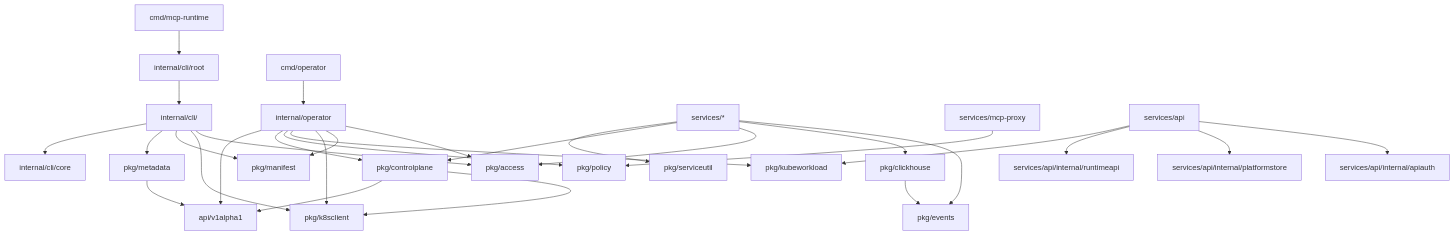
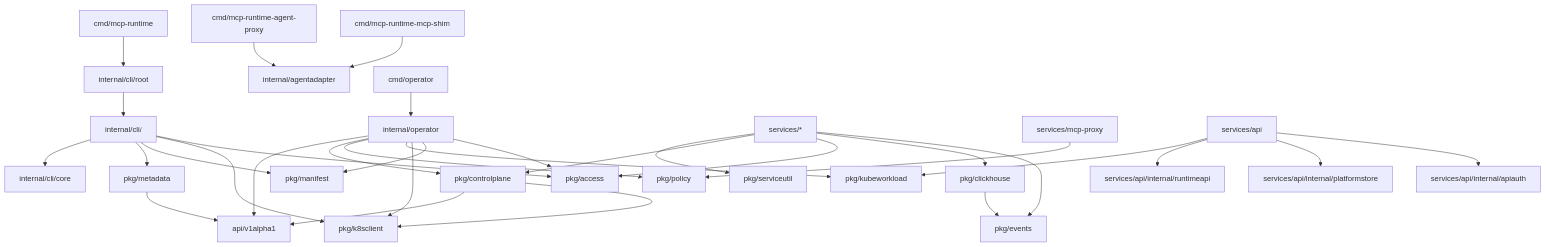
Before and after one commit to Agent-Hellboy/mcp-runtime: the fourth of 4 diagrams in docs/internals/README.md, drawn with Mermaid. The commit also changed other lines of this file and 19 other files, not shown here.

````diff
--- a/docs/internals/README.md
+++ b/docs/internals/README.md
@@ -106,32 +109,34 @@
 ```mermaid
 flowchart TB
     Cmd[cmd/mcp-runtime] --> CLIRoot[internal/cli/root]
+    AgentProxy[cmd/mcp-runtime-agent-proxy] --> AgentAdapter[internal/agentadapter]
+    AgentShim[cmd/mcp-runtime-mcp-shim] --> AgentAdapter
     CLIRoot --> CLICommands[internal/cli/<command>]
     CLICommands --> CLICore[internal/cli/core]
     CLICommands --> Metadata[pkg/metadata]
     CLICommands --> Manifest[pkg/manifest]
     CLICommands --> K8sClient[pkg/k8sclient]
     CLICommands --> Access[pkg/access]
     CmdOp[cmd/operator] --> Operator[internal/operator]
     Operator --> API[api/v1alpha1]
     Operator --> ControlPlane[pkg/controlplane]
     Operator --> Policy[pkg/policy]
     Operator --> Workload[pkg/kubeworkload]
     Operator --> K8sClient
     Operator --> Manifest
     Operator --> Access
     Services[services/*] --> ServiceUtil[pkg/serviceutil]
     Services --> ControlPlane
     Services --> Access
     Services --> ClickHouse[pkg/clickhouse]
     Services --> Events[pkg/events]
     Proxy[services/mcp-proxy] --> Policy
     APIService[services/api] --> Workload
     APIService --> RuntimeAPI[services/api/internal/runtimeapi]
     APIService --> PlatformStore[services/api/internal/platformstore]
     APIService --> APIAuth[services/api/internal/apiauth]
     ClickHouse --> Events
     ControlPlane --> API
     ControlPlane --> K8sClient
     Metadata --> API
 ```
````
